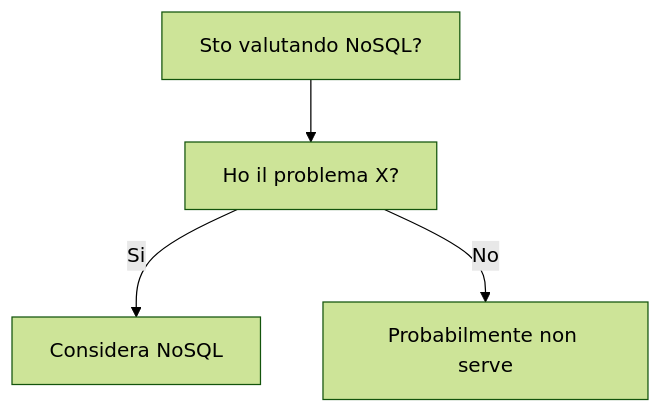
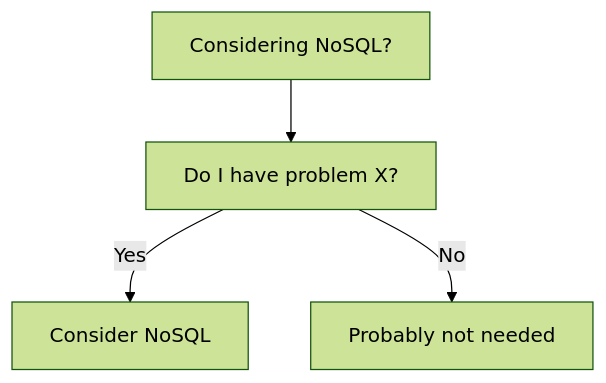
The diagram in dev-wiki/06_Data_Storage/NoSQL/When_To_Use.md (HxT9/Software-Dev-Wiki), drawn with Mermaid (forest theme) before and after one commit. The commit also changed other lines of this file and 3444 other files, not shown here.

````diff
--- a/dev-wiki/06_Data_Storage/NoSQL/When_To_Use.md
+++ b/dev-wiki/06_Data_Storage/NoSQL/When_To_Use.md
@@ -19,6 +19,6 @@
 ```mermaid
 flowchart TD
-  Q[Sto valutando NoSQL?] --> Q1[Ho il problema X?]
-  Q1 -->|Si| OK[Considera NoSQL]
-  Q1 -->|No| NO[Probabilmente non serve]
+  Q[Considering NoSQL?] --> Q1[Do I have problem X?]
+  Q1 -->|Yes| OK[Consider NoSQL]
+  Q1 -->|No| NO[Probably not needed]
 ```
````
